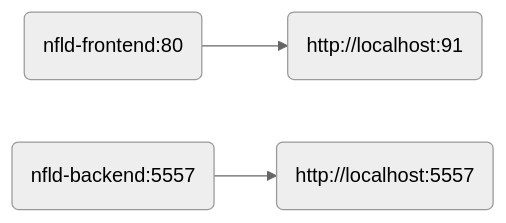
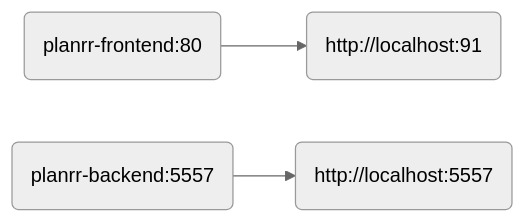
The diagram in README.md (chump29/planrr), drawn with Mermaid (neutral theme) before and after one commit. The commit also changed other lines of this file and 1 other file, not shown here.

Commit message:
docs: fixed typos chore: fix package

````diff
--- a/README.md
+++ b/README.md
@@ -9,9 +9,9 @@
 ```mermaid
 flowchart LR
-frontend@{shape: rounded, label: "nfld-frontend:80"}
+frontend@{shape: rounded, label: "planrr-frontend:80"}
 frontendPort@{shape: rounded, label: "http://localhost:91"}
-backend@{shape: rounded, label: "nfld-backend:5557"}
+backend@{shape: rounded, label: "planrr-backend:5557"}
 backendPort@{shape: rounded, label: "http://localhost:5557"}
 frontend-->frontendPort
 backend-->backendPort
 ```
````
